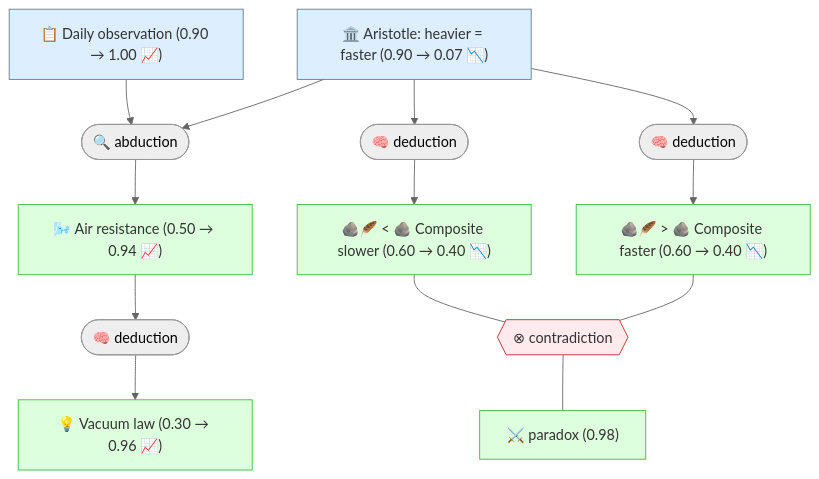
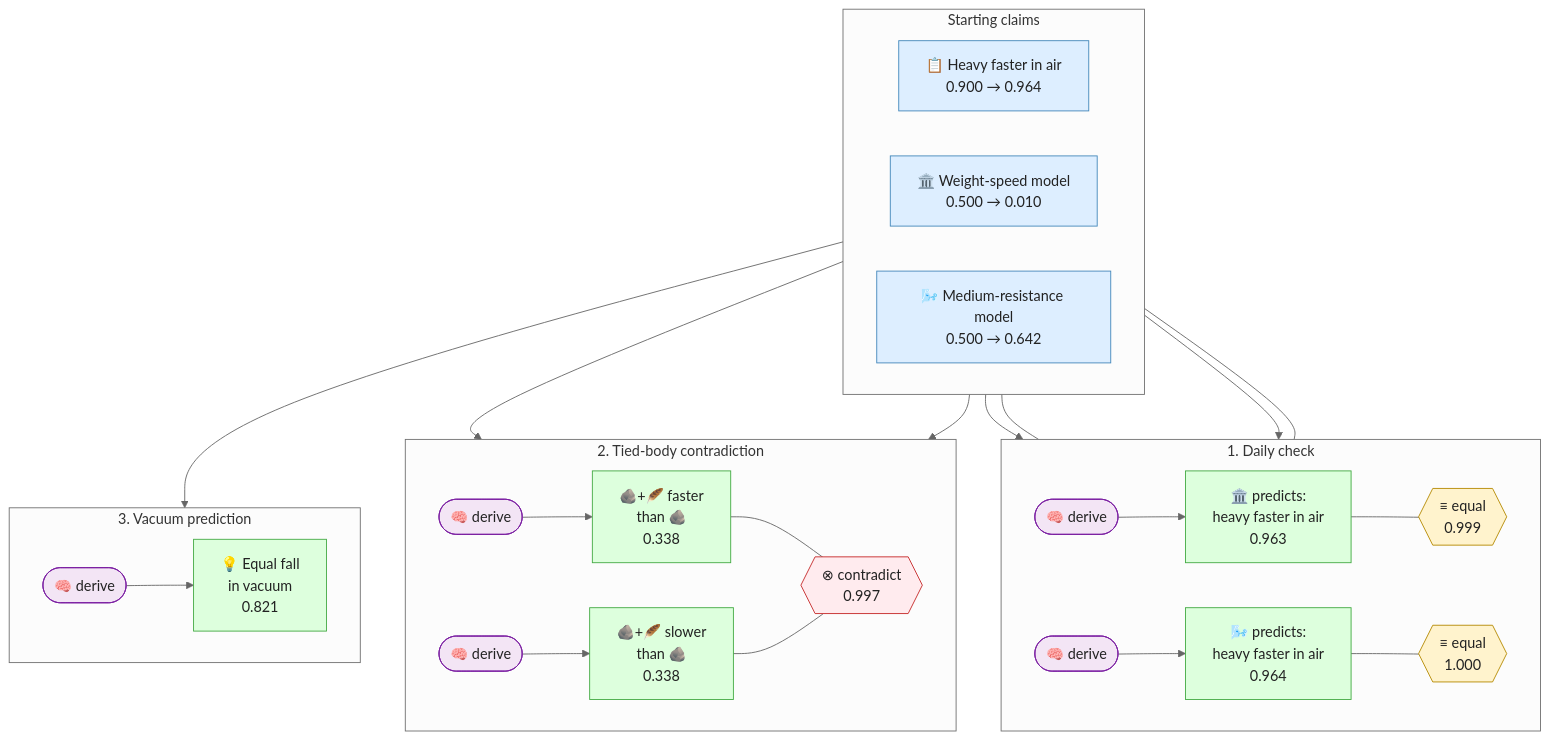
One commit to SiliconEinstein/Gaia changed the diagram in README.md. Above: the diagram before and after it, drawn with Mermaid (neutral theme). The commit also changed other lines of this file and 30 other files, not shown here.

````diff
--- a/README.md
+++ b/README.md
@@ -14,32 +16,56 @@
 ```mermaid
-graph TD
-    obs_daily["📋 Daily observation (0.90 → 1.00 📈)"]:::premise
-    aristotle["🏛️ Aristotle: heavier = faster (0.90 → 0.07 📉)"]:::premise
-    air_resistance["🌬️ Air resistance (0.50 → 0.94 📈)"]:::derived
-    composite_slower["🪨🪶 < 🪨 Composite slower (0.60 → 0.40 📉)"]:::derived
-    composite_faster["🪨🪶 > 🪨 Composite faster (0.60 → 0.40 📉)"]:::derived
-    paradox["⚔️ paradox (0.98)"]:::derived
-    vacuum_law["💡 Vacuum law (0.30 → 0.96 📈)"]:::derived
-    strat_0(["🔍 abduction"])
-    obs_daily --> strat_0
-    aristotle --> strat_0
-    strat_0 --> air_resistance
-    strat_1(["🧠 deduction"])
-    aristotle --> strat_1
-    strat_1 --> composite_slower
-    strat_2(["🧠 deduction"])
-    aristotle --> strat_2
-    strat_2 --> composite_faster
-    strat_3(["🧠 deduction"])
-    air_resistance --> strat_3
-    strat_3 --> vacuum_law
-    oper_0{{"⊗ contradiction"}}:::contra
-    composite_slower --- oper_0
-    composite_faster --- oper_0
-    oper_0 --- paradox
+flowchart TD
+    subgraph inputs["Starting claims"]
+        direction LR
+        daily["📋 Heavy faster in air<br/>0.900 → 0.964"]:::premise
+        aristotle["🏛️ Weight-speed model<br/>0.500 → 0.010"]:::premise
+        medium["🌬️ Medium-resistance model<br/>0.500 → 0.642"]:::premise
+    end
 
-    classDef setting fill:#f0f0f0,stroke:#999,color:#333
-    classDef premise fill:#ddeeff,stroke:#4488bb,color:#333
-    classDef derived fill:#ddffdd,stroke:#44bb44,color:#333
-    classDef contra fill:#ffebee,stroke:#c62828,color:#333
+    subgraph daily_paths["1. Daily check"]
+        direction LR
+        derive_a_daily(["🧠 derive"]):::strategy
+        a_pred["🏛️ predicts:<br/>heavy faster in air<br/>0.963"]:::derived
+        equal_a{{"≡ equal<br/>0.999"}}:::relation_op
+
+        derive_m_daily(["🧠 derive"]):::strategy
+        m_pred["🌬️ predicts:<br/>heavy faster in air<br/>0.964"]:::derived
+        equal_m{{"≡ equal<br/>1.000"}}:::relation_op
+    end
+
+    subgraph contradiction_path["2. Tied-body contradiction"]
+        direction LR
+        derive_fast(["🧠 derive"]):::strategy
+        faster["🪨+🪶 faster<br/>than 🪨<br/>0.338"]:::derived
+        derive_slow(["🧠 derive"]):::strategy
+        slower["🪨+🪶 slower<br/>than 🪨<br/>0.338"]:::derived
+        contra{{"⊗ contradict<br/>0.997"}}:::contra
+    end
+
+    subgraph vacuum_path["3. Vacuum prediction"]
+        direction LR
+        derive_vacuum(["🧠 derive"]):::strategy
+        vacuum["💡 Equal fall<br/>in vacuum<br/>0.821"]:::derived
+    end
+
+    aristotle --> derive_a_daily --> a_pred
+    a_pred --- equal_a
+    daily --- equal_a
+
+    medium --> derive_m_daily --> m_pred
+    m_pred --- equal_m
+    daily --- equal_m
+
+    aristotle --> derive_fast --> faster
+    aristotle --> derive_slow --> slower
+    faster --- contra
+    slower --- contra
+
+    medium --> derive_vacuum --> vacuum
+
+    classDef premise fill:#ddeeff,stroke:#4488bb,color:#222
+    classDef strategy fill:#f3e5f5,stroke:#7b1fa2,color:#222
+    classDef derived fill:#ddffdd,stroke:#44aa44,color:#222
+    classDef relation_op fill:#fff3cd,stroke:#b58900,color:#222
+    classDef contra fill:#ffebee,stroke:#c62828,color:#222
 ```
````
